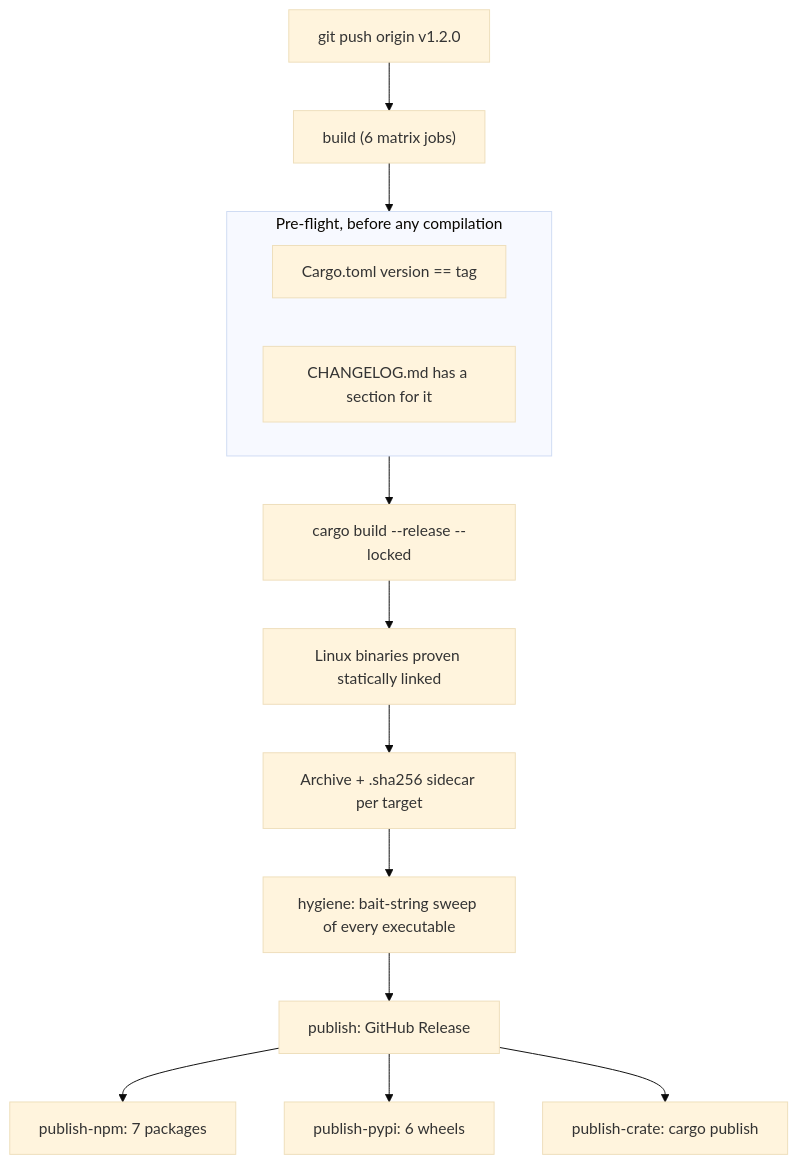
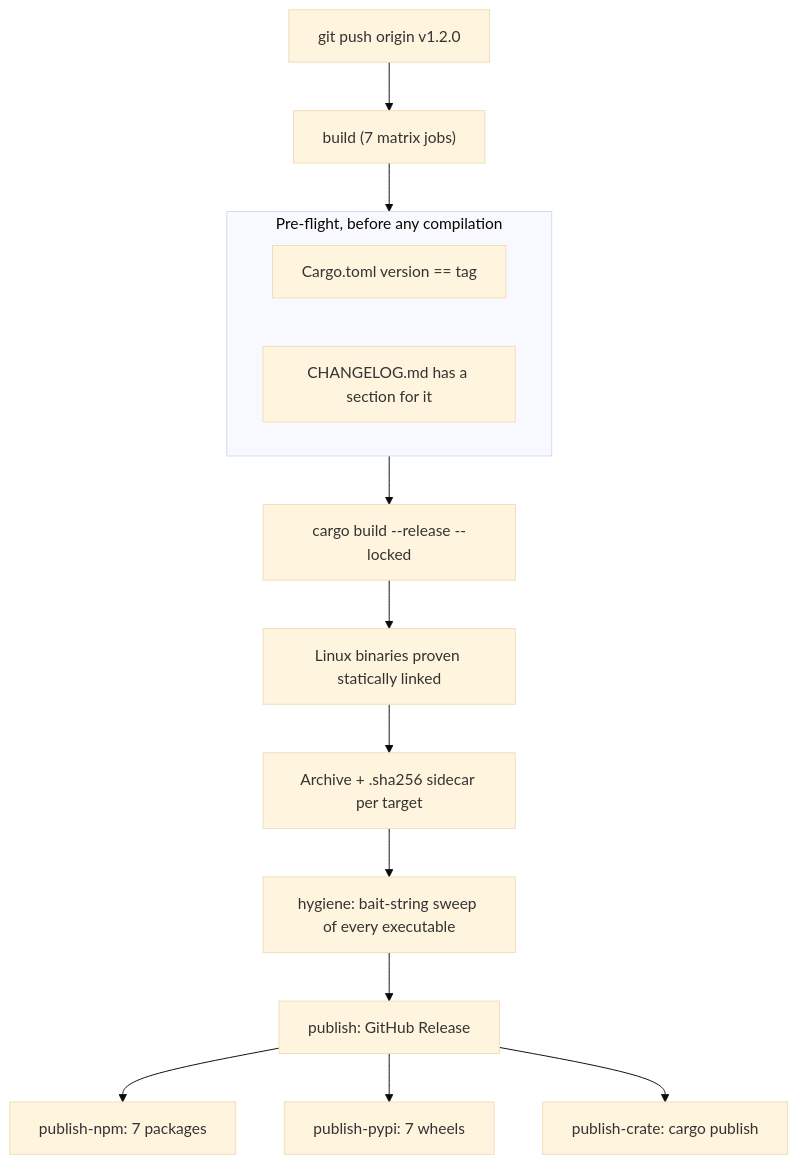
One commit to Life-Experimentalist/dev-prune changed the diagram in docs/RELEASING.md. Above: the diagram before and after it, drawn with Mermaid (base theme). The commit also changed other lines of this file, not shown here.

````diff
--- a/docs/RELEASING.md
+++ b/docs/RELEASING.md
@@ -522,20 +522,20 @@
 ```mermaid
 flowchart TD
-    tag["git push origin v1.2.0"] --> build["build (6 matrix jobs)"]
+    tag["git push origin v1.2.0"] --> build["build (7 matrix jobs)"]
 
     subgraph checks["Pre-flight, before any compilation"]
         v1["Cargo.toml version == tag"]
         v2["CHANGELOG.md has a section for it"]
     end
 
     build --> checks
     checks --> compile["cargo build --release --locked"]
     compile --> static["Linux binaries proven statically linked"]
     static --> pack["Archive + .sha256 sidecar per target"]
 
     pack --> hygiene["hygiene: bait-string sweep of every executable"]
     hygiene --> publish["publish: GitHub Release"]
     publish --> npm["publish-npm: 7 packages"]
-    publish --> pypi["publish-pypi: 6 wheels"]
+    publish --> pypi["publish-pypi: 7 wheels"]
     publish --> crate["publish-crate: cargo publish"]
 ```
````
